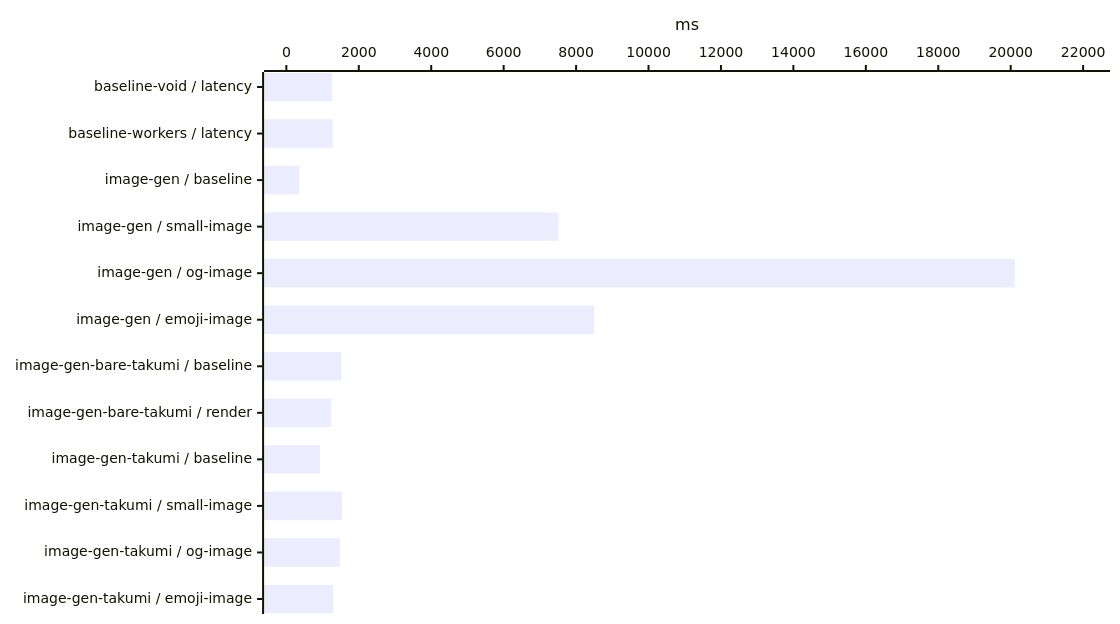
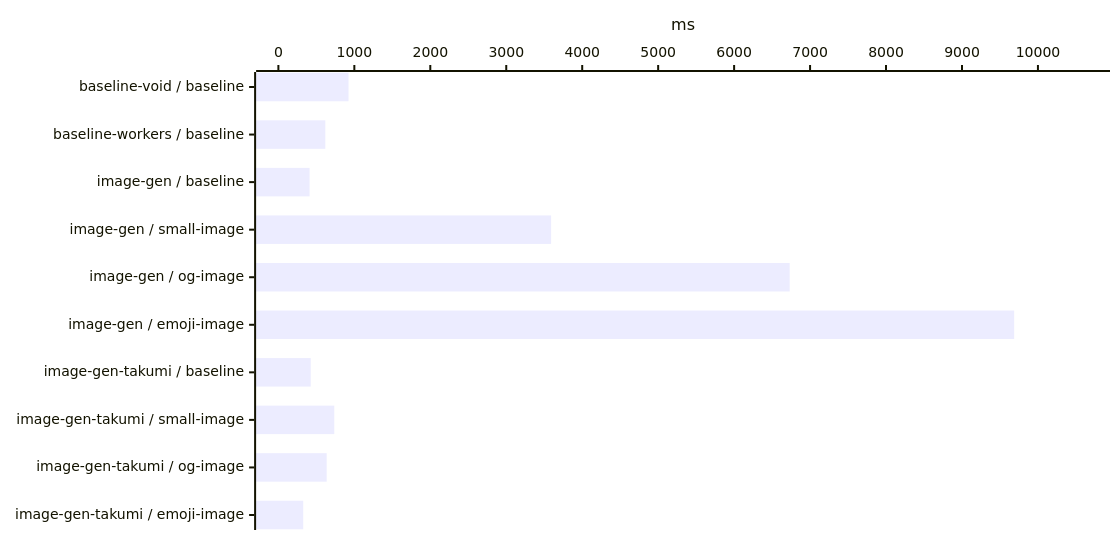
Diagram 12 of 25 in benchmark/report.md (voidzero-dev/void), drawn with Mermaid before and after one commit. The commit also changed other lines of this file and 6 other files, not shown here.

````diff
--- a/benchmark/report.md
+++ b/benchmark/report.md
@@ -230,12 +227,12 @@
 ```mermaid
 ---
 config:
   xyChart:
     width: 1100
-    height: 604
+    height: 520
 ---
 xychart-beta horizontal
-    x-axis ["baseline-void / latency", "baseline-workers / latency", "image-gen / baseline", "image-gen / small-image", "image-gen / og-image", "image-gen / emoji-image", "image-gen-bare-takumi / baseline", "image-gen-bare-takumi / render", "image-gen-takumi / baseline", "image-gen-takumi / small-image", "image-gen-takumi / og-image", "image-gen-takumi / emoji-image"]
-    y-axis "ms" 0 --> 22127.216
-    bar [1256.6248, 1282.3021, 358.79271, 7510.0154, 20115.651, 8499.5715, 1517.0315, 1245.4018, 936.56929, 1539.1078, 1484.7663, 1287.1514]
+    x-axis ["baseline-void / baseline", "baseline-workers / baseline", "image-gen / baseline", "image-gen / small-image", "image-gen / og-image", "image-gen / emoji-image", "image-gen-takumi / baseline", "image-gen-takumi / small-image", "image-gen-takumi / og-image", "image-gen-takumi / emoji-image"]
+    y-axis "ms" 0 --> 10655.518
+    bar [923.24813, 618.02929, 410.40829, 3590.5421, 6731.5826, 9686.8346, 425.89204, 735.92713, 636.0105, 327.05038]
 ```
````
